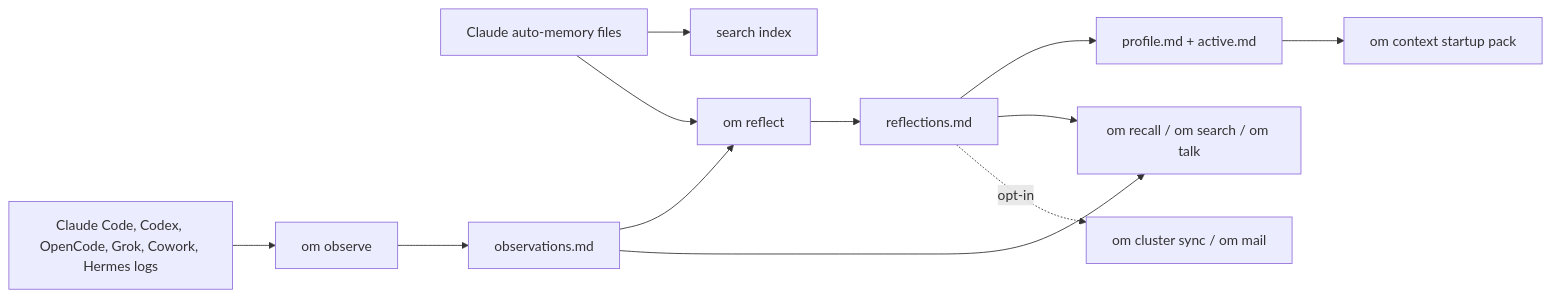
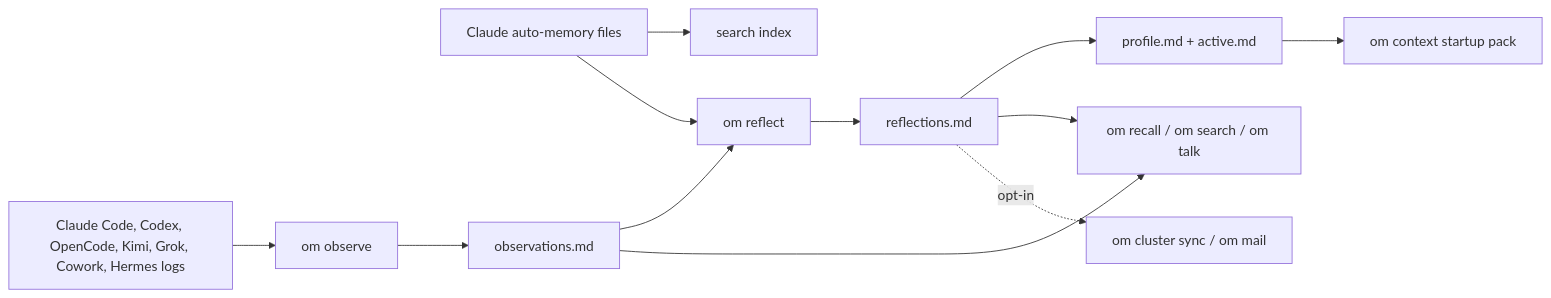
The diagram in README.md (intertwine/observational-memory), drawn with Mermaid before and after one commit. The commit also changed other lines of this file and 12 other files, not shown here.

First line of the commit message:
Add Kimi Code CLI integration (#97)

````diff
--- a/README.md
+++ b/README.md
@@ -62,14 +62,14 @@
 ```mermaid
 flowchart LR
-    A["Claude Code, Codex, OpenCode, Grok, Cowork, Hermes logs"] --> B["om observe"]
+    A["Claude Code, Codex, OpenCode, Kimi, Grok, Cowork, Hermes logs"] --> B["om observe"]
     C["Claude auto-memory files"] --> D["search index"]
     C --> F
     B --> E["observations.md"]
     E --> F["om reflect"]
     F --> G["reflections.md"]
     G --> H["profile.md + active.md"]
     H --> I["om context startup pack"]
     E --> J
     G --> J["om recall / om search / om talk"]
     G -. opt-in .-> K["om cluster sync / om mail"]
 ```
````
